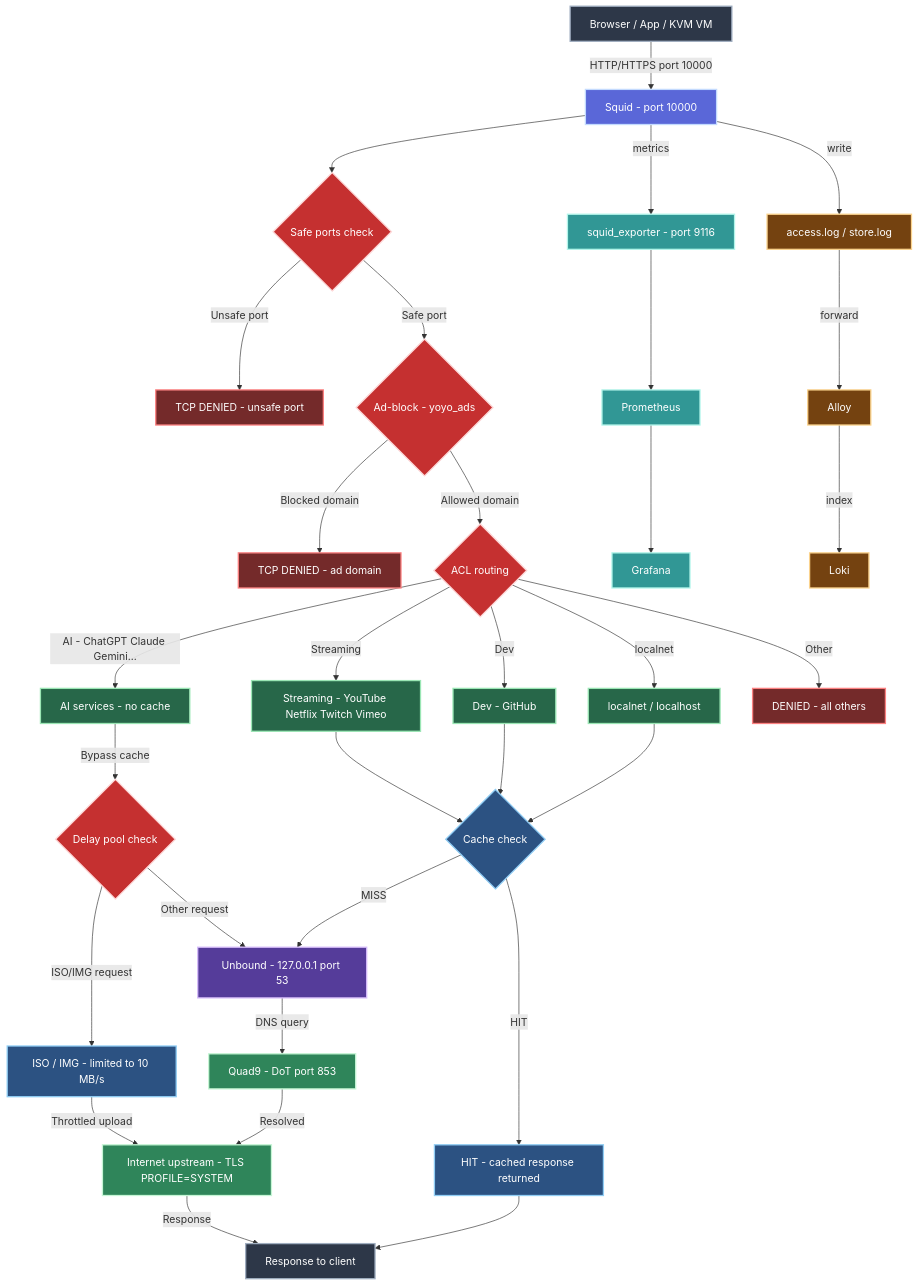
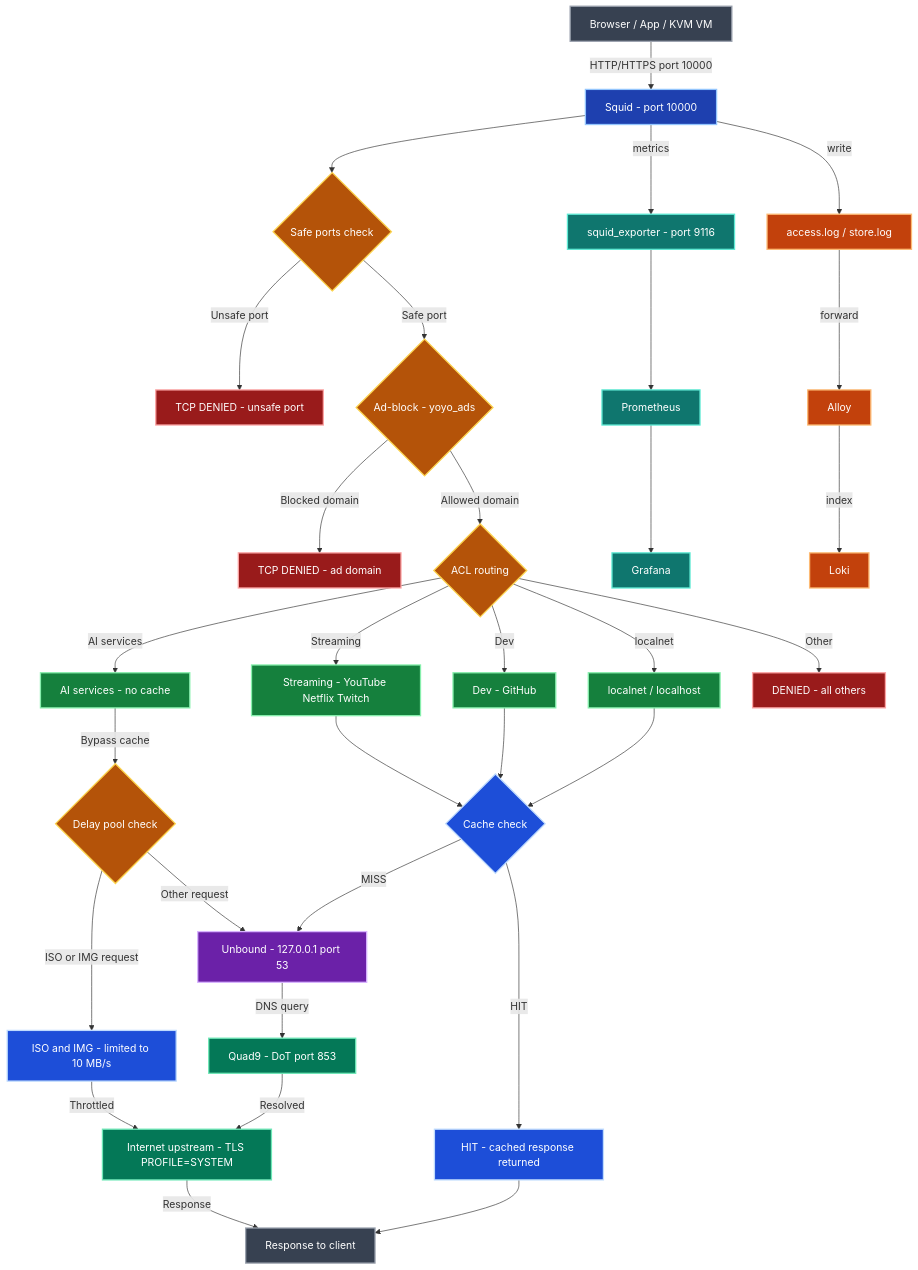
Before and after one commit to crisis1er/squid-tumbleweed-config: the diagram in README.md, drawn with Mermaid. The commit also changed other lines of this file, not shown here.

Commit message:
docs: fix Mermaid render error, apply dark color scheme

````diff
--- a/README.md
+++ b/README.md
@@ -31,79 +30,79 @@
 ```mermaid
 flowchart TD
-    classDef client fill:#2d3748,stroke:#a0aec0,stroke-width:2px,color:#fff
-    classDef proxy fill:#5a67d8,stroke:#c3dafe,stroke-width:2px,color:#fff
-    classDef decision fill:#c53030,stroke:#fed7d7,stroke-width:2px,color:#fff
-    classDef blocked fill:#742a2a,stroke:#fc8181,stroke-width:2px,color:#fff
-    classDef allowed fill:#276749,stroke:#9ae6b4,stroke-width:2px,color:#fff
-    classDef cache fill:#2c5282,stroke:#90cdf4,stroke-width:2px,color:#fff
-    classDef dns fill:#553c9a,stroke:#d6bcfa,stroke-width:2px,color:#fff
-    classDef upstream fill:#2f855a,stroke:#c6f6d5,stroke-width:2px,color:#fff
-    classDef monitoring fill:#319795,stroke:#b2f5ea,stroke-width:2px,color:#fff
-    classDef logs fill:#744210,stroke:#fbd38d,stroke-width:2px,color:#fff
+    classDef client fill:#374151,stroke:#9ca3af,stroke-width:2px,color:#ffffff
+    classDef proxy fill:#1e40af,stroke:#93c5fd,stroke-width:2px,color:#ffffff
+    classDef decision fill:#b45309,stroke:#fcd34d,stroke-width:2px,color:#ffffff
+    classDef blocked fill:#991b1b,stroke:#fca5a5,stroke-width:2px,color:#ffffff
+    classDef allowed fill:#15803d,stroke:#86efac,stroke-width:2px,color:#ffffff
+    classDef cache fill:#1d4ed8,stroke:#bfdbfe,stroke-width:2px,color:#ffffff
+    classDef dns fill:#6b21a8,stroke:#d8b4fe,stroke-width:2px,color:#ffffff
+    classDef upstream fill:#047857,stroke:#6ee7b7,stroke-width:2px,color:#ffffff
+    classDef monitoring fill:#0f766e,stroke:#5eead4,stroke-width:2px,color:#ffffff
+    classDef logs fill:#c2410c,stroke:#fdba74,stroke-width:2px,color:#ffffff
 
     A[Browser / App / KVM VM]:::client
     B[Squid - port 10000]:::proxy
     C{Safe ports check}:::decision
     D[TCP DENIED - unsafe port]:::blocked
     E{Ad-block - yoyo_ads}:::decision
     F[TCP DENIED - ad domain]:::blocked
     G{ACL routing}:::decision
     H[AI services - no cache]:::allowed
-    I[Streaming - YouTube Netflix Twitch Vimeo]:::allowed
+    I[Streaming - YouTube Netflix Twitch]:::allowed
     J[Dev - GitHub]:::allowed
     K[localnet / localhost]:::allowed
     L[DENIED - all others]:::blocked
     M{Delay pool check}:::decision
-    N[ISO / IMG - limited to 10 MB/s]:::cache
+    N[ISO and IMG - limited to 10 MB/s]:::cache
     O{Cache check}:::cache
     P[HIT - cached response returned]:::cache
     Q[Unbound - 127.0.0.1 port 53]:::dns
     R[Quad9 - DoT port 853]:::upstream
     S[Internet upstream - TLS PROFILE=SYSTEM]:::upstream
     T[Response to client]:::client
     U[squid_exporter - port 9116]:::monitoring
     V[Prometheus]:::monitoring
     W[Grafana]:::monitoring
     X[access.log / store.log]:::logs
     Y[Alloy]:::logs
     Z[Loki]:::logs
 
     A -->|HTTP/HTTPS port 10000| B
     B --> C
     C -->|Unsafe port| D
     C -->|Safe port| E
     E -->|Blocked domain| F
     E -->|Allowed domain| G
 
-    G -->|AI - ChatGPT Claude Gemini...| H
+    G -->|AI services| H
     G -->|Streaming| I
     G -->|Dev| J
     G -->|localnet| K
     G -->|Other| L
 
     H -->|Bypass cache| M
     I --> O
     J --> O
     K --> O
 
-    M -->|ISO/IMG request| N
+    M -->|ISO or IMG request| N
     M -->|Other request| Q
 
-    N -->|Throttled upload| S
+    N -->|Throttled| S
 
     O -->|HIT| P
     O -->|MISS| Q
 
     Q -->|DNS query| R
     R -->|Resolved| S
     S -->|Response| T
     P --> T
 
     B -->|metrics| U
     U --> V
     V --> W
 
     B -->|write| X
     X -->|forward| Y
     Y -->|index| Z
 ```
````
